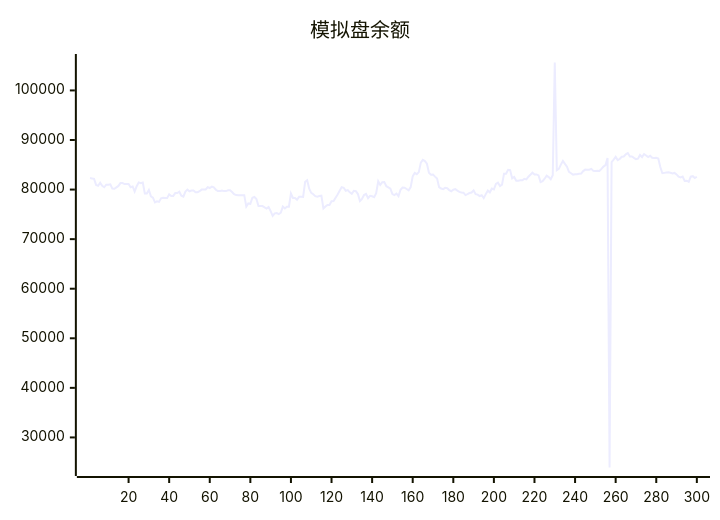
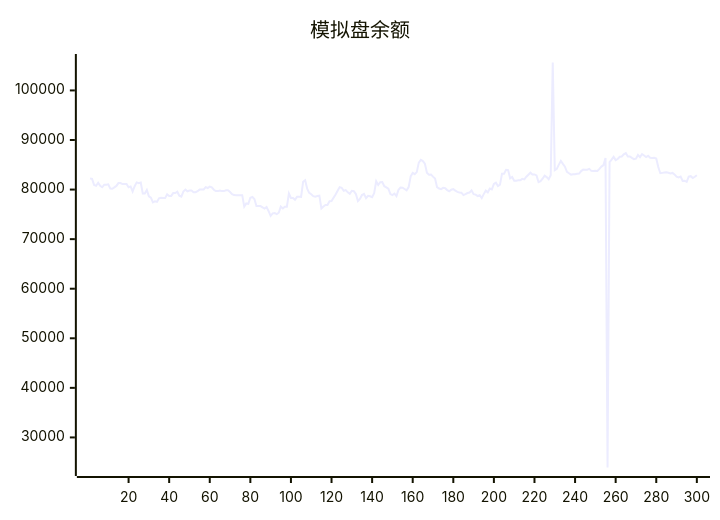
Before and after one commit to aahl/ai-trading: the diagram in README.md, drawn with Mermaid. The commit also changed other lines of this file and 1 other file, not shown here.

````diff
--- a/README.md
+++ b/README.md
@@ -5,5 +5,5 @@
 ```mermaid
 xychart
     title "模拟盘余额"
-    line [82315,82243,82163,80934,80770,81371,80742,80468,80989,80989,81067,80191,80155,80450,80737,81309,81309,81106,81119,81119,80471,80631,79624,80670,81448,81290,81429,79212,79222,79940,78643,78380,77432,77623,77504,78235,78358,78284,78277,79048,78714,78714,79290,79308,79567,78763,78563,79603,79988,79652,79813,79813,79476,79469,79673,79995,80015,80015,80486,80314,80600,80436,79966,79689,79689,79819,79692,79692,79850,79850,79518,79071,78889,78850,78850,78878,78878,76554,77202,77103,78357,78510,78106,76678,76677,76672,76411,76159,76485,75656,74695,75197,75246,75052,75334,76564,76179,76553,76551,79196,78300,78300,77944,78531,78531,78521,81564,81884,80160,79335,79055,78675,78580,78708,78764,76179,76586,76902,76876,77658,77669,78346,79023,79769,80497,80366,79761,79896,79448,79126,79749,79658,79097,77695,78114,78888,79126,78249,78738,78653,78478,79271,81680,80923,81488,81527,80681,80455,80190,79084,78879,79193,78686,79954,80403,80374,80118,79848,80491,82665,83351,83098,83525,85430,85983,85737,85221,83378,83014,83043,82613,82216,80477,80208,80081,80348,80277,79894,79670,79965,80093,79786,79542,79406,79371,78893,79087,79304,79406,79841,79072,78978,78696,78846,78272,79085,79787,79442,80198,80031,81120,81379,80718,80985,83214,83212,83993,83921,82270,82547,81776,81776,81866,81866,82158,82061,82596,83000,83408,83041,83050,82858,81503,81691,82188,82812,82517,82092,82901,105633,83898,84180,85030,85781,85178,84604,83569,83298,83008,83093,83107,83175,83228,83729,84025,84017,84019,84177,83775,83762,83785,83738,84160,84639,84939,86370,23934,85548,86046,86599,85942,86161,86622,86664,87115,87369,86666,86685,86384,86152,86243,86969,86548,87164,86885,86566,86809,86427,86348,86417,86273,84538,83299,83369,83430,83490,83404,83270,83362,83056,82605,82459,82614,81734,81788,81551,82598,82702,82320,82580]
+    line [82243,82163,80934,80770,81371,80742,80468,80989,80989,81067,80191,80155,80450,80737,81309,81309,81106,81119,81119,80471,80631,79624,80670,81448,81290,81429,79212,79222,79940,78643,78380,77432,77623,77504,78235,78358,78284,78277,79048,78714,78714,79290,79308,79567,78763,78563,79603,79988,79652,79813,79813,79476,79469,79673,79995,80015,80015,80486,80314,80600,80436,79966,79689,79689,79819,79692,79692,79850,79850,79518,79071,78889,78850,78850,78878,78878,76554,77202,77103,78357,78510,78106,76678,76677,76672,76411,76159,76485,75656,74695,75197,75246,75052,75334,76564,76179,76553,76551,79196,78300,78300,77944,78531,78531,78521,81564,81884,80160,79335,79055,78675,78580,78708,78764,76179,76586,76902,76876,77658,77669,78346,79023,79769,80497,80366,79761,79896,79448,79126,79749,79658,79097,77695,78114,78888,79126,78249,78738,78653,78478,79271,81680,80923,81488,81527,80681,80455,80190,79084,78879,79193,78686,79954,80403,80374,80118,79848,80491,82665,83351,83098,83525,85430,85983,85737,85221,83378,83014,83043,82613,82216,80477,80208,80081,80348,80277,79894,79670,79965,80093,79786,79542,79406,79371,78893,79087,79304,79406,79841,79072,78978,78696,78846,78272,79085,79787,79442,80198,80031,81120,81379,80718,80985,83214,83212,83993,83921,82270,82547,81776,81776,81866,81866,82158,82061,82596,83000,83408,83041,83050,82858,81503,81691,82188,82812,82517,82092,82901,105633,83898,84180,85030,85781,85178,84604,83569,83298,83008,83093,83107,83175,83228,83729,84025,84017,84019,84177,83775,83762,83785,83738,84160,84639,84939,86370,23934,85548,86046,86599,85942,86161,86622,86664,87115,87369,86666,86685,86384,86152,86243,86969,86548,87164,86885,86566,86809,86427,86348,86417,86273,84538,83299,83369,83430,83490,83404,83270,83362,83056,82605,82459,82614,81734,81788,81551,82598,82702,82320,82580,82878]
 ```
````
